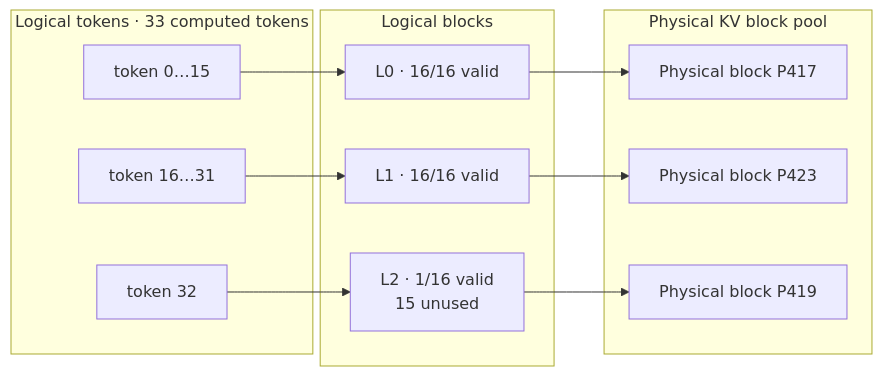
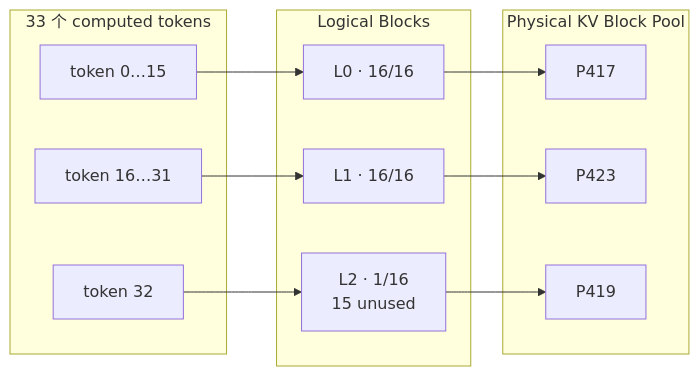
The diagram in TOPIC_2_SUMMARY.md (shishishu/vllm), drawn with Mermaid before and after one commit. The commit also changed other lines of this file and 2 other files, not shown here.

````diff
--- a/TOPIC_2_SUMMARY.md
+++ b/TOPIC_2_SUMMARY.md
@@ -59,21 +80,21 @@
 ```mermaid
 flowchart LR
-    subgraph T["Logical tokens · 33 computed tokens"]
+    subgraph T["33 个 computed tokens"]
         T0["token 0…15"]
         T1["token 16…31"]
         T2["token 32"]
     end
-    subgraph L["Logical blocks"]
-        L0["L0 · 16/16 valid"]
-        L1["L1 · 16/16 valid"]
-        L2["L2 · 1/16 valid\n15 unused"]
+    subgraph L["Logical Blocks"]
+        L0["L0 · 16/16"]
+        L1["L1 · 16/16"]
+        L2["L2 · 1/16\n15 unused"]
     end
-    subgraph P["Physical KV block pool"]
-        P0["Physical block P417"]
-        P1["Physical block P423"]
-        P2["Physical block P419"]
+    subgraph P["Physical KV Block Pool"]
+        P0["P417"]
+        P1["P423"]
+        P2["P419"]
     end
     T0 --> L0 --> P0
     T1 --> L1 --> P1
     T2 --> L2 --> P2
 ```
````
